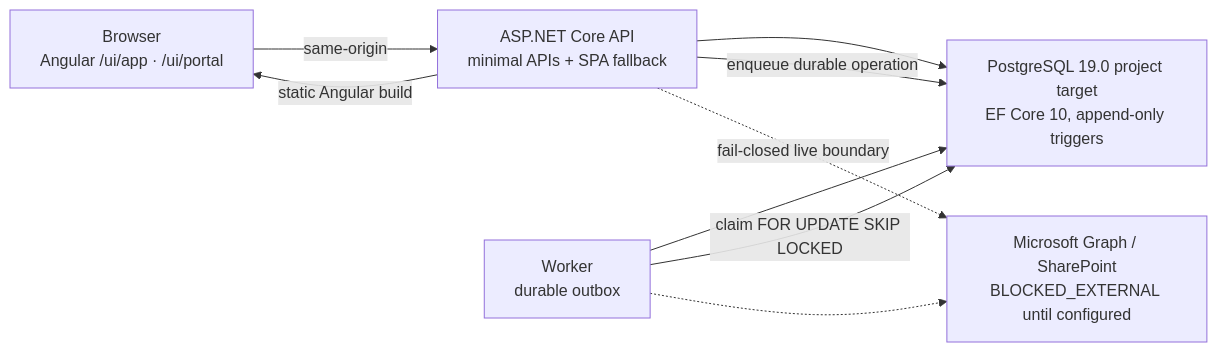
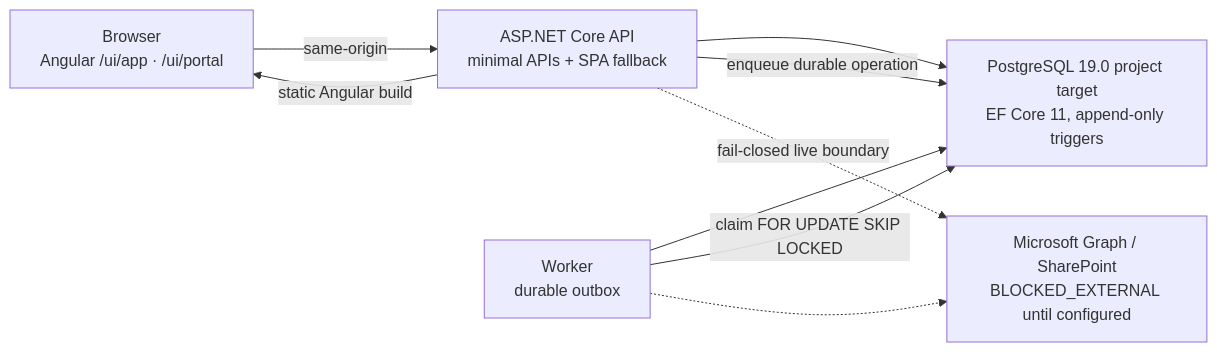
One commit to nirzaf/AuditSphere changed the second of 5 diagrams in docs/architecture/auditsphere-architecture-current-architecture.md. Above: the diagram before and after it, drawn with Mermaid. The commit also changed other lines of this file and 306 other files, not shown here.

````diff
--- a/docs/architecture/auditsphere-architecture-current-architecture.md
+++ b/docs/architecture/auditsphere-architecture-current-architecture.md
@@ -237,11 +237,11 @@
 ```mermaid
 flowchart LR
   B["Browser<br/>Angular /ui/app · /ui/portal"] -->|same-origin| A["ASP.NET Core API<br/>minimal APIs + SPA fallback"]
   A -->|static Angular build| B
-  A --> DB["PostgreSQL 19.0 project target<br/>EF Core 10, append-only triggers"]
+  A --> DB["PostgreSQL 19.0 project target<br/>EF Core 11, append-only triggers"]
   W["Worker<br/>durable outbox"] --> DB
   A -->|enqueue durable operation| DB
   W -->|claim FOR UPDATE SKIP LOCKED| DB
   A -.->|fail-closed live boundary| X["Microsoft Graph / SharePoint<br/>BLOCKED_EXTERNAL until configured"]
   W -.-> X
 ```
````
